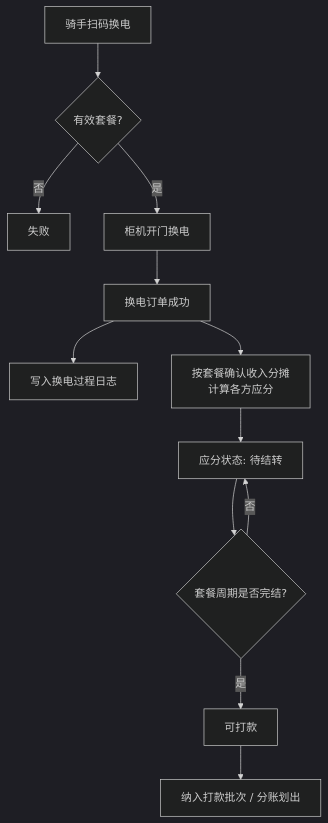
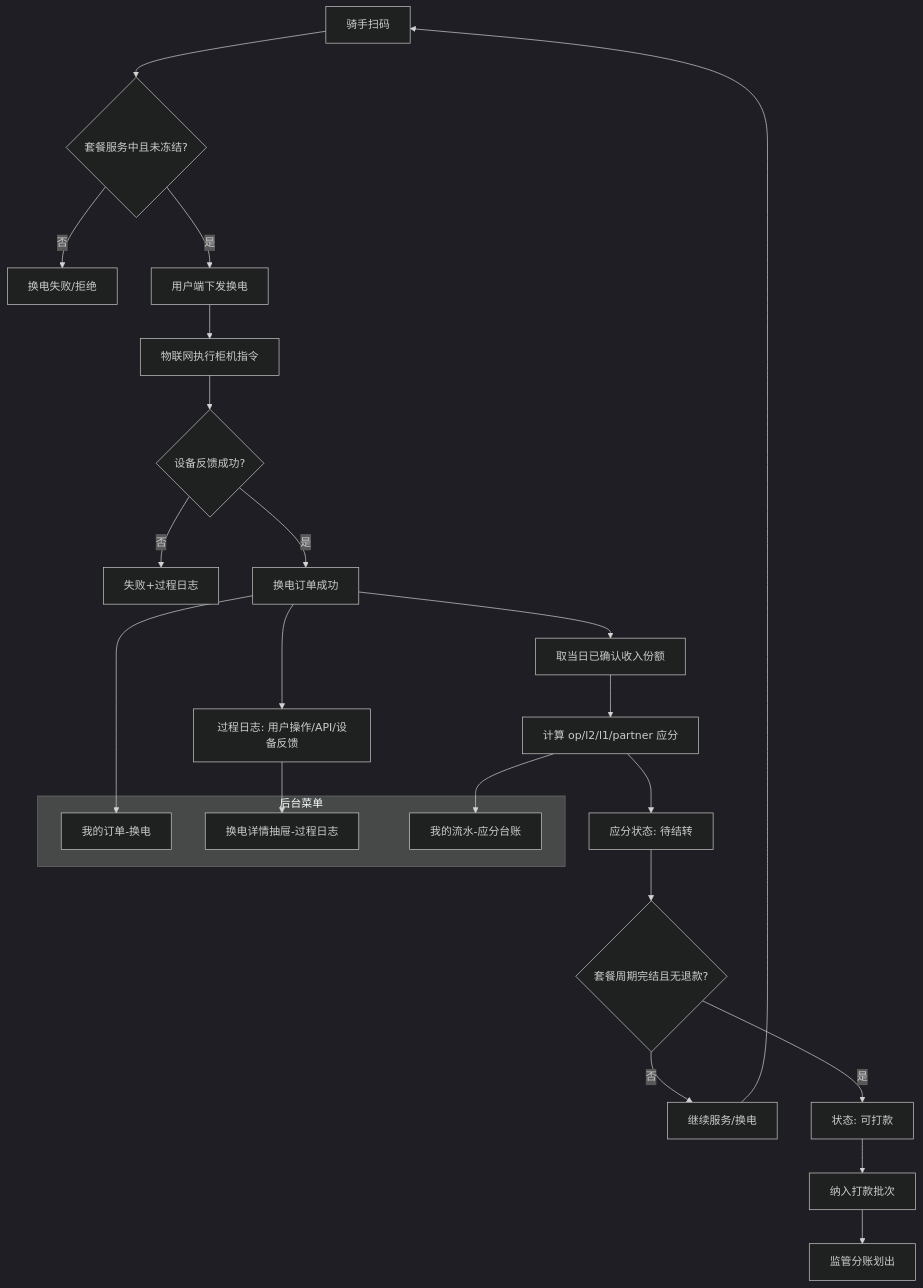
One commit to liudali/rider-swap-operator-prototype changed the eighth of 16 diagrams in docs/功能结构与业务流程.md. Above: the diagram before and after it, drawn with Mermaid (dark theme). The commit also changed other lines of this file and 1 other file, not shown here.

Commit message:
Expand core business process flows with steps, states, and edge cases.

````diff
--- a/docs/功能结构与业务流程.md
+++ b/docs/功能结构与业务流程.md
@@ -215,14 +280,29 @@
 ```mermaid
 flowchart TD
-  A[骑手扫码换电] --> B{有效套餐?}
-  B -->|否| Z[失败]
-  B -->|是| C[柜机开门换电]
-  C --> D[换电订单成功]
-  D --> E[写入换电过程日志]
-  D --> F[按套餐确认收入分摊<br/>计算各方应分]
-  F --> G[应分状态: 待结转]
-  G --> H{套餐周期是否完结?}
-  H -->|否| G
-  H -->|是| I[可打款]
-  I --> J[纳入打款批次 / 分账划出]
+  A[骑手扫码] --> B{套餐服务中且未冻结?}
+  B -->|否| Z[换电失败/拒绝]
+  B -->|是| C[用户端下发换电]
+  C --> D[物联网执行柜机指令]
+  D --> E{设备反馈成功?}
+  E -->|否| Z2[失败+过程日志]
+  E -->|是| F[换电订单成功]
+  F --> G[过程日志: 用户操作/API/设备反馈]
+  F --> H[取当日已确认收入份额]
+  H --> I[计算 op/l2/l1/partner 应分]
+  I --> J[应分状态: 待结转]
+  J --> K{套餐周期完结且无退款?}
+  K -->|否| L[继续服务/换电]
+  L --> A
+  K -->|是| M[状态: 可打款]
+  M --> N[纳入打款批次]
+  N --> O[监管分账划出]
+
+  subgraph BO [后台菜单]
+    M1[我的订单-换电]
+    M2[换电详情抽屉-过程日志]
+    M3[我的流水-应分台账]
+  end
+  F --> M1
+  G --> M2
+  I --> M3
 ```
````
